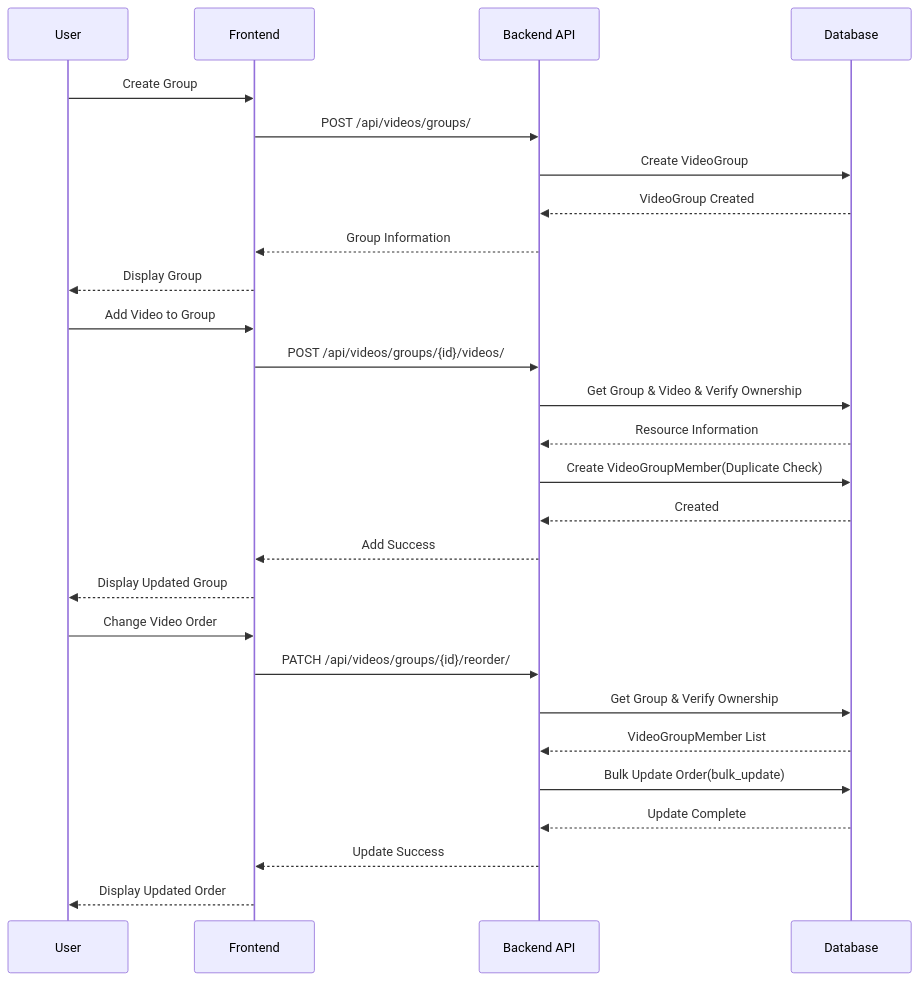
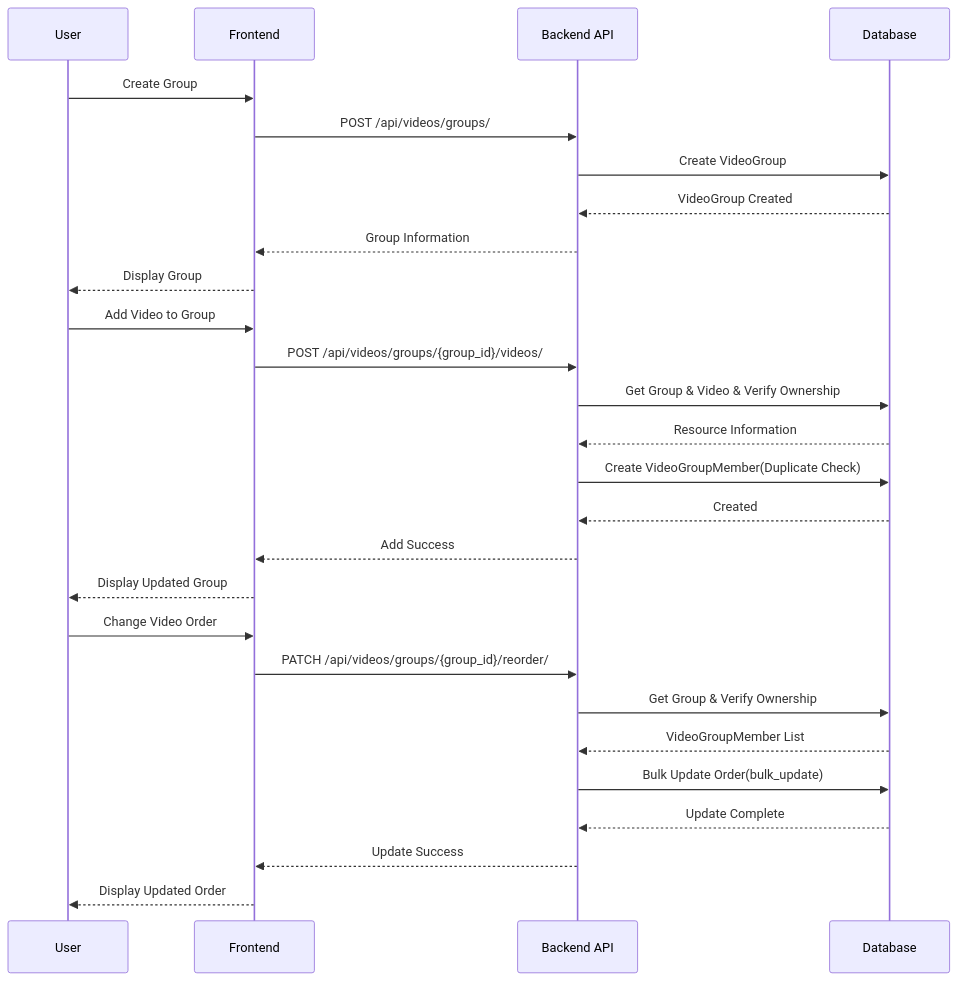
One commit to yukiharada1228/videoq changed the fifth of 11 diagrams in docs/design/sequence-diagram.md. Above: the diagram before and after it, drawn with Mermaid. The commit also changed other lines of this file and 9 other files, not shown here.

Commit message:
docs: sync diagrams with current implementation

````diff
--- a/docs/design/sequence-diagram.md
+++ b/docs/design/sequence-diagram.md
@@ -173,32 +173,32 @@
 ```mermaid
 sequenceDiagram
     participant User as User
     participant Frontend as Frontend
     participant Backend as Backend API
     participant DB as Database
 
     User->>Frontend: Create Group
     Frontend->>Backend: POST /api/videos/groups/
     Backend->>DB: Create VideoGroup
     DB-->>Backend: VideoGroup Created
     Backend-->>Frontend: Group Information
     Frontend-->>User: Display Group
     
     User->>Frontend: Add Video to Group
-    Frontend->>Backend: POST /api/videos/groups/{id}/videos/
+    Frontend->>Backend: POST /api/videos/groups/{group_id}/videos/
     Backend->>DB: Get Group & Video & Verify Ownership
     DB-->>Backend: Resource Information
     Backend->>DB: Create VideoGroupMember(Duplicate Check)
     DB-->>Backend: Created
     Backend-->>Frontend: Add Success
     Frontend-->>User: Display Updated Group
     
     User->>Frontend: Change Video Order
-    Frontend->>Backend: PATCH /api/videos/groups/{id}/reorder/
+    Frontend->>Backend: PATCH /api/videos/groups/{group_id}/reorder/
     Backend->>DB: Get Group & Verify Ownership
     DB-->>Backend: VideoGroupMember List
     Backend->>DB: Bulk Update Order(bulk_update)
     DB-->>Backend: Update Complete
     Backend-->>Frontend: Update Success
     Frontend-->>User: Display Updated Order
 ```
````
